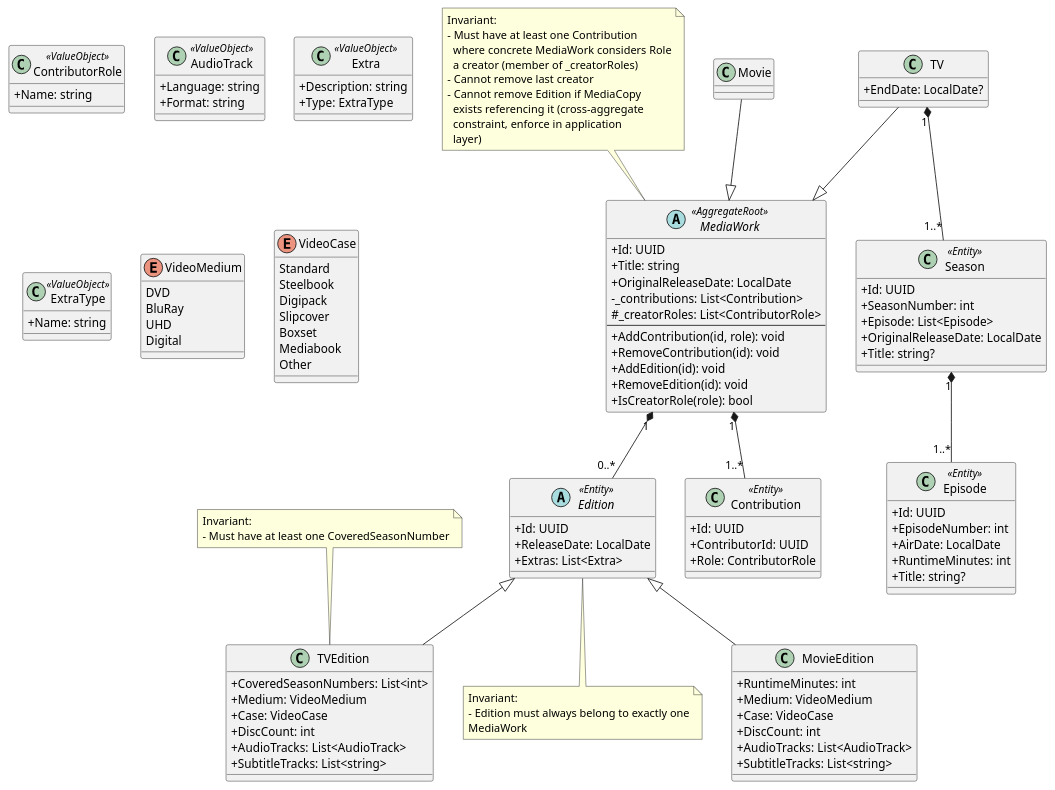
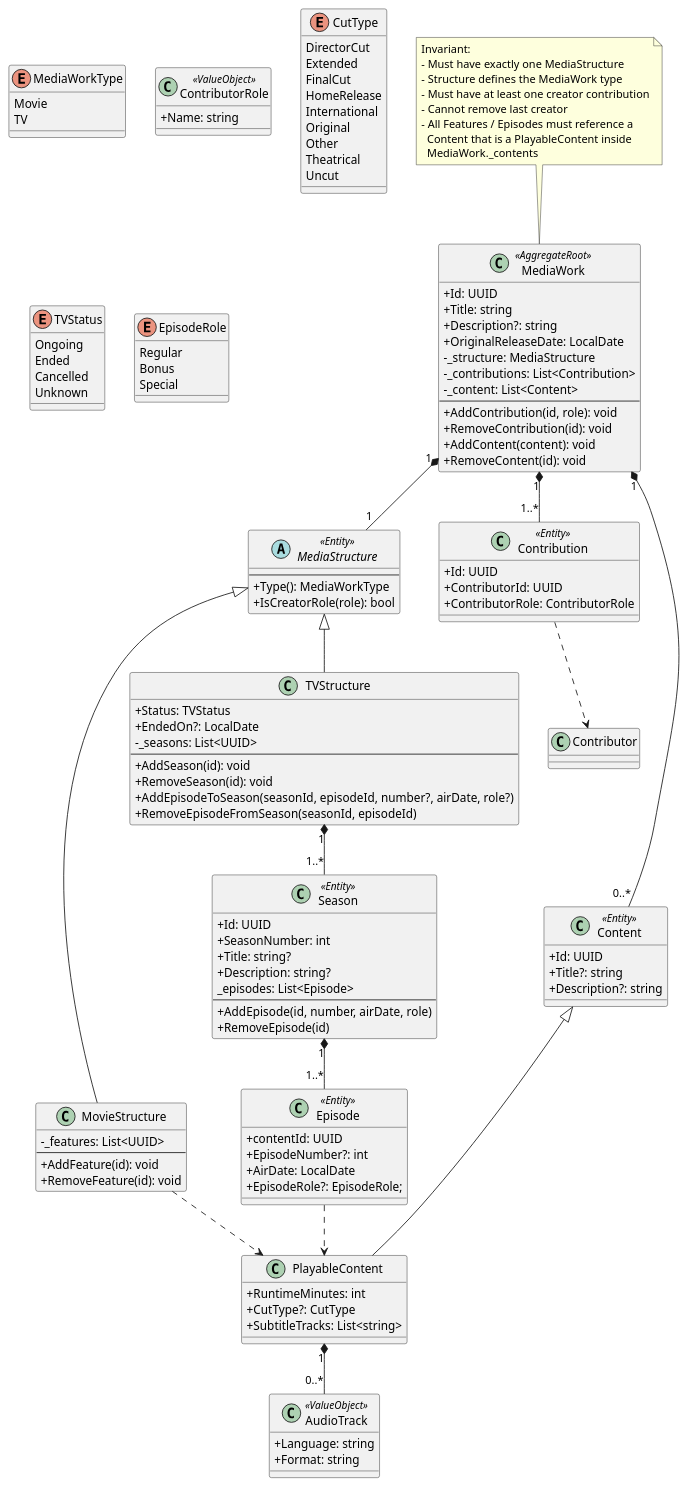
One commit to yantue/colleq changed the diagram in docs/uml/domain/domain-media-work.puml. Above: the diagram before and after it, drawn with PlantUML. The commit also changed 11 other files, not shown here.

```diff
--- a/docs/uml/domain/domain-media-work.puml
+++ b/docs/uml/domain/domain-media-work.puml
@@ -1,147 +1,157 @@
 @startuml
 skinparam classAttributeIconSize 0
 
 ' ===== CORE =====
-abstract class MediaWork <<AggregateRoot>> {
+class MediaWork <<AggregateRoot>> {
     +Id: UUID
     +Title: string
+    +Description?: string
     +OriginalReleaseDate: LocalDate
+    -_structure: MediaStructure
     -_contributions: List<Contribution>
-    #_creatorRoles: List<ContributorRole>
+    -_content: List<Content>
     --
     +AddContribution(id, role): void
     +RemoveContribution(id): void
-    +AddEdition(id): void
-    +RemoveEdition(id): void
-    +IsCreatorRole(role): bool
+    +AddContent(content): void
+    +RemoveContent(id): void
 }
 
 note top of MediaWork
 Invariant:
-- Must have at least one Contribution
-  where concrete MediaWork considers Role
-  a creator (member of _creatorRoles)
+- Must have exactly one MediaStructure
+- Structure defines the MediaWork type
+- Must have at least one creator contribution
 - Cannot remove last creator
-- Cannot remove Edition if MediaCopy
-  exists referencing it (cross-aggregate
-  constraint, enforce in application
-  layer)
+- All Features / Episodes must reference a
+  Content that is a PlayableContent inside
+  MediaWork._contents
 end note
 
-abstract class Edition <<Entity>> {
-    +Id: UUID
-    +ReleaseDate: LocalDate
-    +Extras: List<Extra>
+abstract class MediaStructure <<Entity>> {
+    --
+    +Type(): MediaWorkType
+    +IsCreatorRole(role): bool
 }
 
-note bottom of Edition
-Invariant:
-- Edition must always belong to exactly one
-MediaWork
-end note
+MediaWork "1" *-- "1" MediaStructure
 
-MediaWork "1" *-- "0..*" Edition
+enum MediaWorkType {
+    Movie
+    TV
+}
 
+' ===== CONTRIBUTIONS =====
 class Contribution <<Entity>> {
     +Id: UUID
     +ContributorId: UUID
-    +Role: ContributorRole
+    +ContributorRole: ContributorRole
 }
 
 class ContributorRole <<ValueObject>> {
     +Name: string
 }
 
 MediaWork "1" *-- "1..*" Contribution
 
-' ===== MOVIE =====
-class Movie
+' ===== CONTENT =====
+class Content <<Entity>> {
+    +Id: UUID
+    +Title?: string
+    +Description?: string
+}
 
-Movie --|> MediaWork
+MediaWork "1" *-- "0..*" Content
 
-class MovieEdition {
+class PlayableContent {
     +RuntimeMinutes: int
-    +Medium: VideoMedium
-    +Case: VideoCase
-    +DiscCount: int
-    +AudioTracks: List<AudioTrack>
+    +CutType?: CutType
     +SubtitleTracks: List<string>
 }
 
-Edition <|-- MovieEdition
-
-' ===== TV =====
-class TV {
-    +EndDate: LocalDate?
+enum CutType {
+    DirectorCut
+    Extended
+    FinalCut
+    HomeRelease
+    International
+    Original
+    Other
+    Theatrical
+    Uncut
 }
 
-TV --|> MediaWork
+Content <|-- PlayableContent
 
-class TVEdition {
-    +CoveredSeasonNumbers: List<int>
-    +Medium: VideoMedium
-    +Case: VideoCase
-    +DiscCount: int
-    +AudioTracks: List<AudioTrack>
-    +SubtitleTracks: List<string>
-}
-
-Edition <|-- TVEdition
-
-note top of TVEdition
-Invariant:
-- Must have at least one CoveredSeasonNumber
-end note
-
-class Season <<Entity>> {
-    +Id: UUID
-    +SeasonNumber: int
-    +Episode: List<Episode>
-    +OriginalReleaseDate: LocalDate
-    +Title: string?
-}
-
-class Episode <<Entity>> {
-    +Id: UUID
-    +EpisodeNumber: int
-    +AirDate: LocalDate
-    +RuntimeMinutes: int
-    +Title: string?
-}
-
-Season "1" *-- "1..*" Episode
-TV "1" *-- "1..*" Season
-
-' ===== SHARED =====
 class AudioTrack <<ValueObject>> {
     +Language: string
     +Format: string
 }
 
-class Extra <<ValueObject>> {
-    +Description: string
-    +Type: ExtraType
+PlayableContent "1" *-- "0..*" AudioTrack
+
+' ===== MOVIE =====
+class MovieStructure {
+    -_features: List<UUID>
+    --
+    +AddFeature(id): void
+    +RemoveFeature(id): void
 }
 
-class ExtraType <<ValueObject>> {
-    +Name: string
+MediaStructure <|-- MovieStructure
+MovieStructure ..> PlayableContent
+
+' ===== TV =====
+class TVStructure {
+    +Status: TVStatus
+    +EndedOn?: LocalDate
+    -_seasons: List<UUID>
+    --
+    +AddSeason(id): void
+    +RemoveSeason(id): void
+    +AddEpisodeToSeason(seasonId, episodeId, number?, airDate, role?)
+    +RemoveEpisodeFromSeason(seasonId, episodeId)
 }
 
-enum VideoMedium {
-    DVD
-    BluRay
-    UHD
-    Digital
+MediaStructure <|-- TVStructure
+
+enum TVStatus {
+    Ongoing
+    Ended
+    Cancelled
+    Unknown
 }
 
-enum VideoCase {
-    Standard
-    Steelbook
-    Digipack
-    Slipcover
-    Boxset
-    Mediabook
-    Other
+class Season <<Entity>> {
+    +Id: UUID
+    +SeasonNumber: int
+    +Title: string?
+    +Description: string?
+    _episodes: List<Episode>
+    --
+    +AddEpisode(id, number, airDate, role)
+    +RemoveEpisode(id)
 }
 
+TVStructure "1" *-- "1..*" Season
+
+class Episode <<Entity>> {
+    +contentId: UUID
+    +EpisodeNumber?: int
+    +AirDate: LocalDate
+    +EpisodeRole?: EpisodeRole;
+}
+
+Season "1" *-- "1..*" Episode
+Episode ..> PlayableContent
+
+enum EpisodeRole {
+    Regular
+    Bonus
+    Special
+}
+
+' ===== CROSS-AGGREGATE REFERENCE =====
+Contribution ..> Contributor
+
 @enduml
```
